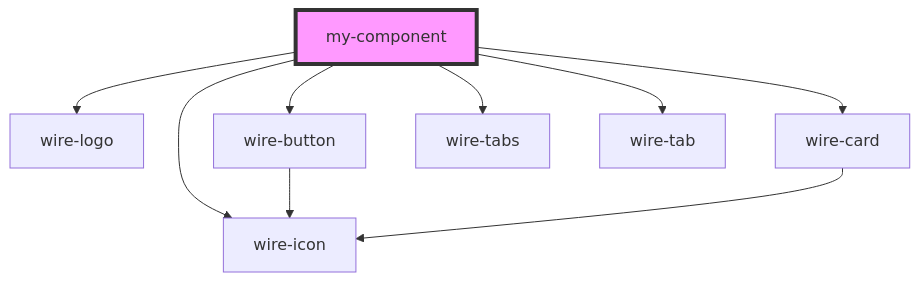
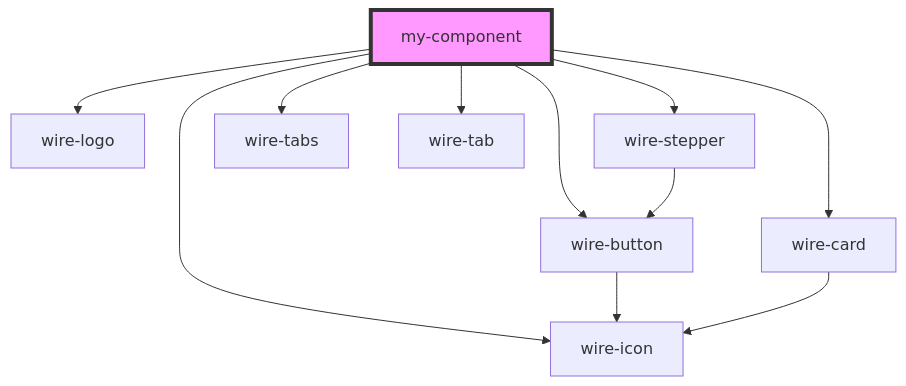
The diagram in packages/core/src/components/my-component/readme.md (Wire-Network/wire-ui), drawn with Mermaid before and after one commit. The commit also changed other lines of this file and 10 other files, not shown here.

Commit message:
New Wire Stepper core component

````diff
--- a/packages/core/src/components/my-component/readme.md
+++ b/packages/core/src/components/my-component/readme.md
@@ -20,12 +21,14 @@
 ```mermaid
 graph TD;
   my-component --> wire-logo
   my-component --> wire-button
+  my-component --> wire-stepper
   my-component --> wire-card
   my-component --> wire-icon
   my-component --> wire-tabs
   my-component --> wire-tab
   wire-button --> wire-icon
+  wire-stepper --> wire-button
   wire-card --> wire-icon
   style my-component fill:#f9f,stroke:#333,stroke-width:4px
 ```
````
